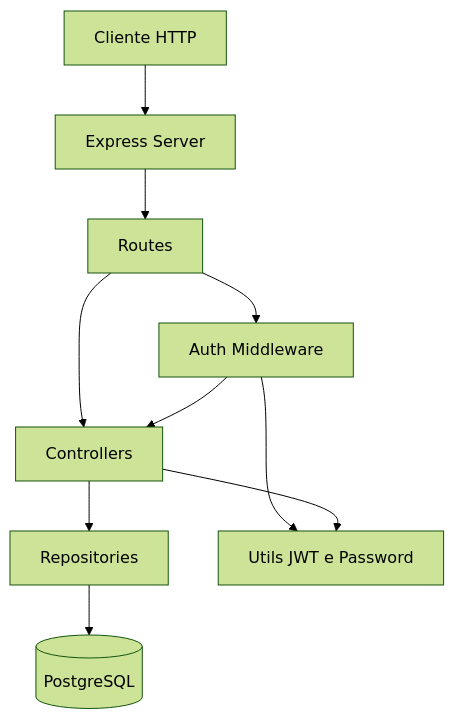
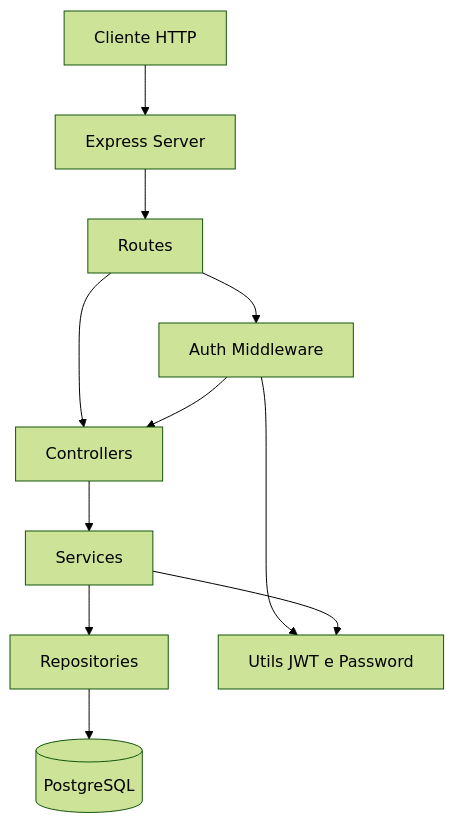
Before and after one commit to arleysouza/webII-server-types: the second of 6 diagrams in README.md, drawn with Mermaid (forest theme). The commit also changed other lines of this file and 12 other files, not shown here.

````diff
--- a/README.md
+++ b/README.md
@@ -207,21 +271,23 @@
 ```mermaid
 flowchart TD
   Client[Cliente HTTP]
   Server[Express Server]
   Routes[Routes]
   AuthMiddleware[Auth Middleware]
   Controllers[Controllers]
+  Services[Services]
   Repositories[Repositories]
   Utils[Utils JWT e Password]
   Database[(PostgreSQL)]
 
   Client --> Server
   Server --> Routes
   Routes --> AuthMiddleware
   Routes --> Controllers
   AuthMiddleware --> Utils
   AuthMiddleware --> Controllers
-  Controllers --> Repositories
-  Controllers --> Utils
+  Controllers --> Services
+  Services --> Repositories
+  Services --> Utils
   Repositories --> Database
 ```
````
